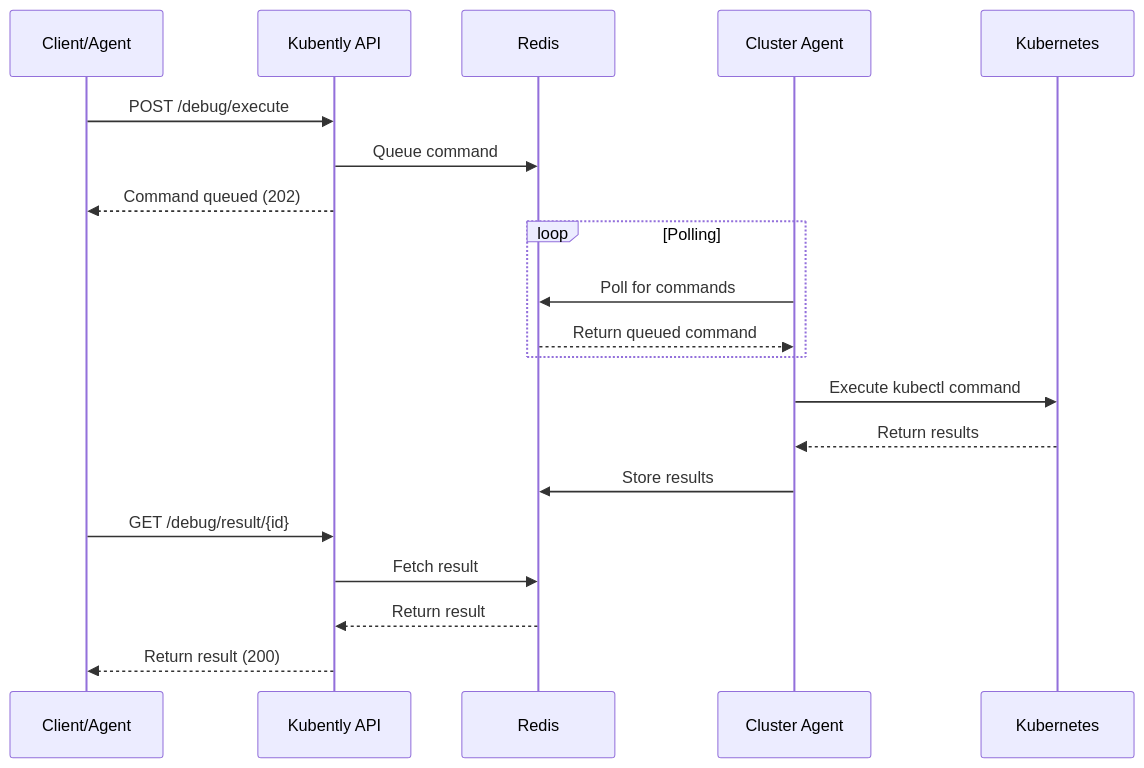
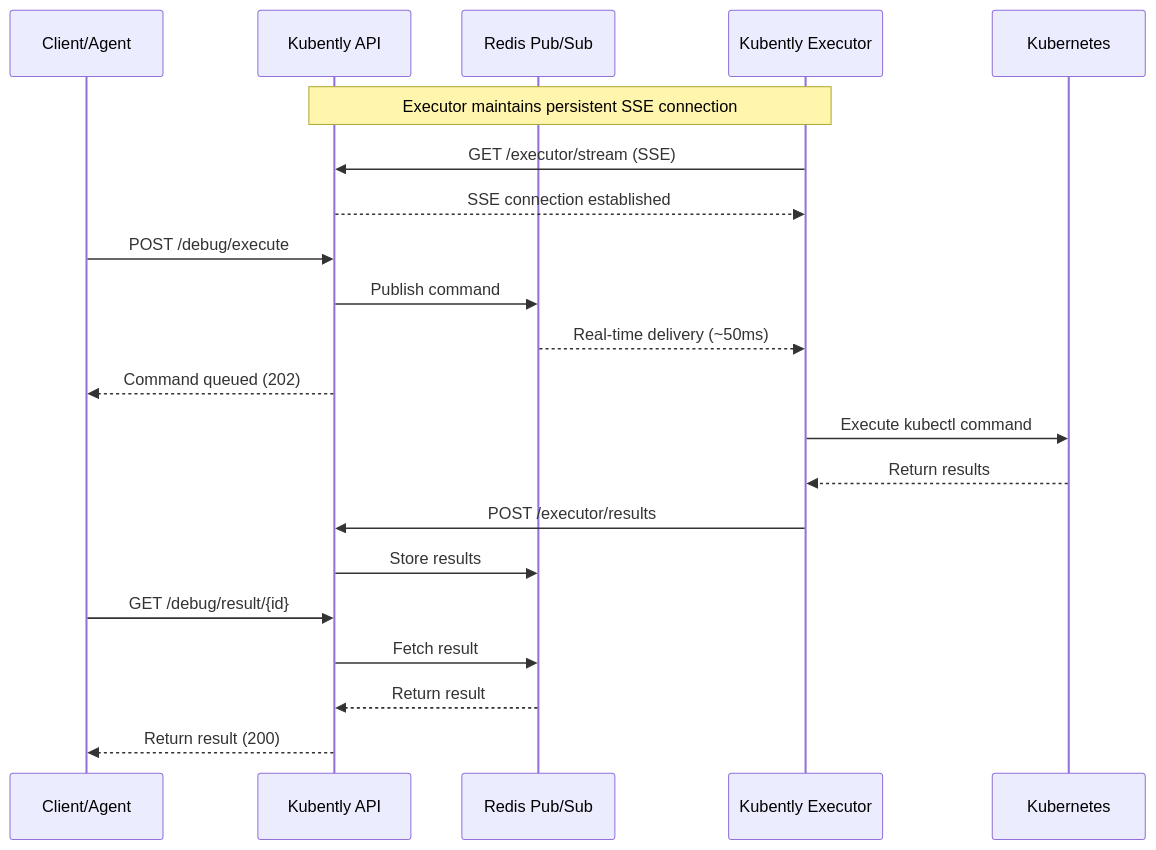
The diagram in architecture.md (kubently/kubently-site), drawn with Mermaid before and after one commit. The commit also changed other lines of this file and 9 other files, not shown here.

````diff
--- a/architecture.md
+++ b/architecture.md
@@ -143,26 +143,27 @@
 ```mermaid
 sequenceDiagram
     participant Client as Client/Agent
     participant API as Kubently API
-    participant Redis as Redis
-    participant Agent as Cluster Agent
+    participant Redis as Redis Pub/Sub
+    participant Executor as Kubently Executor
     participant K8s as Kubernetes
 
+    Note over Executor,API: Executor maintains persistent SSE connection
+    Executor->>API: GET /executor/stream (SSE)
+    API-->>Executor: SSE connection established
+
     Client->>API: POST /debug/execute
-    API->>Redis: Queue command
+    API->>Redis: Publish command
+    Redis-->>Executor: Real-time delivery (~50ms)
     API-->>Client: Command queued (202)
-    
-    loop Polling
-        Agent->>Redis: Poll for commands
-        Redis-->>Agent: Return queued command
-    end
-    
-    Agent->>K8s: Execute kubectl command
-    K8s-->>Agent: Return results
-    Agent->>Redis: Store results
-    
+
+    Executor->>K8s: Execute kubectl command
+    K8s-->>Executor: Return results
+    Executor->>API: POST /executor/results
+    API->>Redis: Store results
+
     Client->>API: GET /debug/result/{id}
     API->>Redis: Fetch result
     Redis-->>API: Return result
     API-->>Client: Return result (200)
 ```
````
